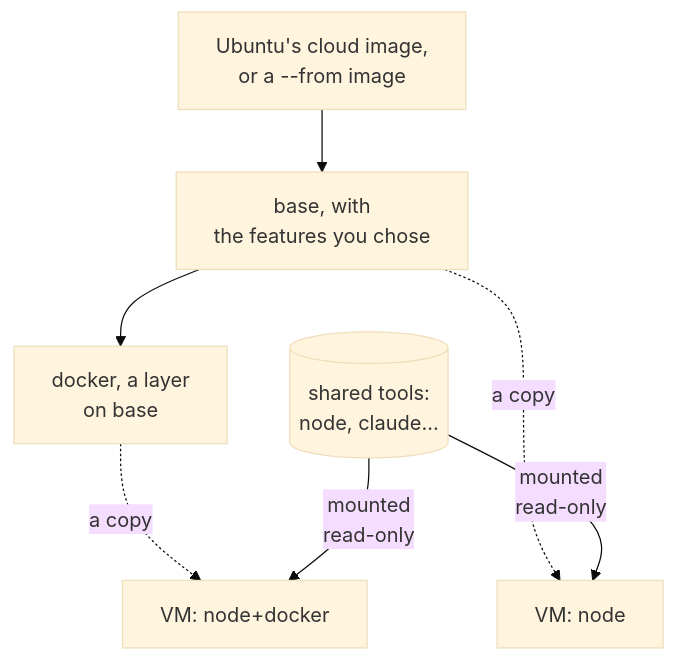
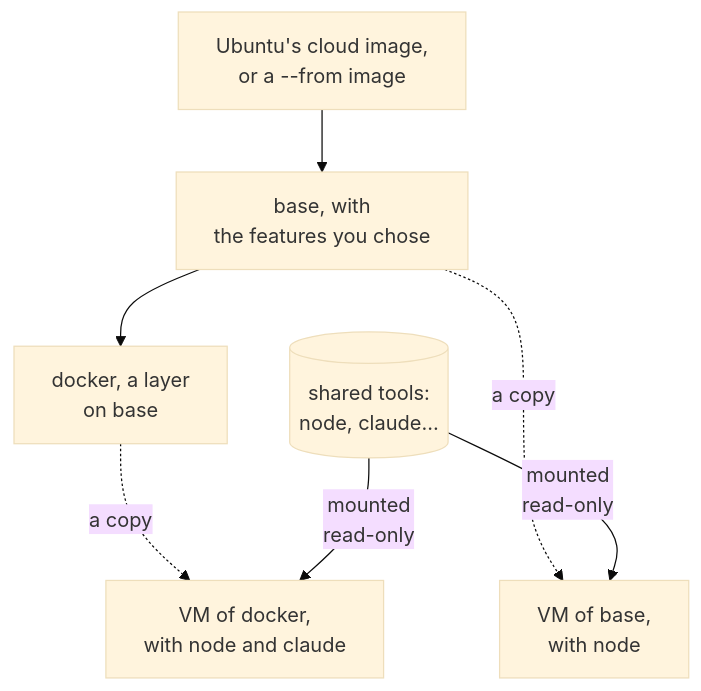
Before and after one commit to DustyPolk/devvm: the first of 2 diagrams in docs/content/docs/using/images.md, drawn with Mermaid (base theme). The commit also changed other lines of this file and 178 other files, not shown here.

````diff
--- a/docs/content/docs/using/images.md
+++ b/docs/content/docs/using/images.md
@@ -8,8 +8,8 @@
 ```mermaid
 flowchart TD
   ubuntu["Ubuntu's cloud image,<br>or a --from image"] --> base["base, with<br>the features you chose"]
   base --> docker["docker, a layer<br>on base"]
-  base -. "a copy" .-> vm1["VM: node"]
-  docker -. "a copy" .-> vm2["VM: node+docker"]
+  base -. "a copy" .-> vm1["VM of base,<br>with node"]
+  docker -. "a copy" .-> vm2["VM of docker,<br>with node and claude"]
   tools[("shared tools:<br>node, claude…")] -- "mounted<br>read-only" --> vm1 & vm2
 ```
````
